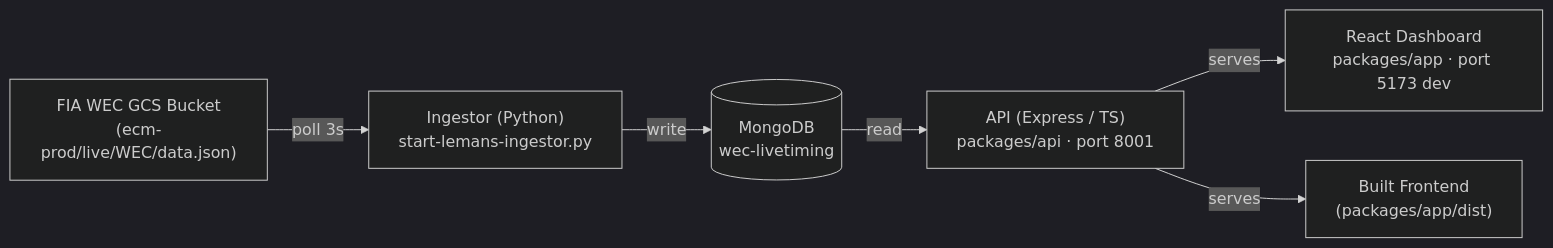
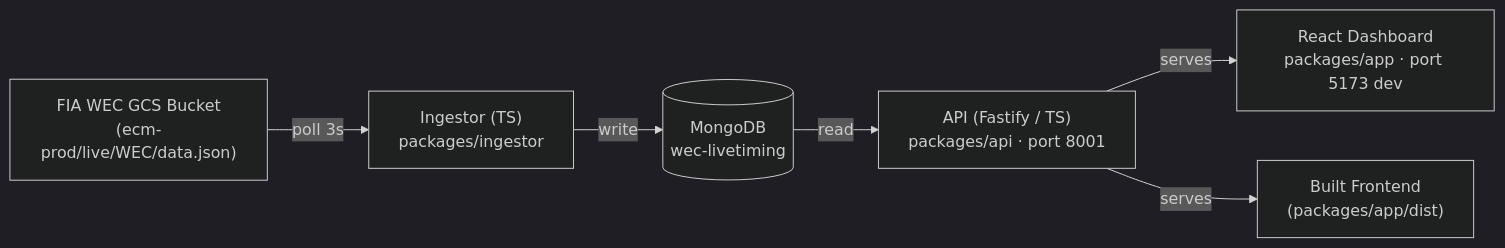
The diagram in README.md (tombell/wec-dashboard), drawn with Mermaid (dark theme) before and after one commit. The commit also changed other lines of this file and 11 other files, not shown here.

First line of the commit message:
Swap API to Fastify, add TS ingestor to workspace

````diff
--- a/README.md
+++ b/README.md
@@ -7,8 +7,8 @@
 ```mermaid
 flowchart LR
-  A["FIA WEC GCS Bucket<br/>(ecm-prod/live/WEC/data.json)"] -->|"poll 3s"| B["Ingestor (Python)<br/>start-lemans-ingestor.py"]
+  A["FIA WEC GCS Bucket<br/>(ecm-prod/live/WEC/data.json)"] -->|"poll 3s"| B["Ingestor (TS)<br/>packages/ingestor"]
   B -->|"write"| C[(MongoDB<br/>wec-livetiming)]
-  C -->|"read"| D["API (Express / TS)<br/>packages/api · port 8001"]
+  C -->|"read"| D["API (Fastify / TS)<br/>packages/api · port 8001"]
   D -->|"serves"| E["React Dashboard<br/>packages/app · port 5173 dev"]
   D -->|"serves"| F["Built Frontend<br/>(packages/app/dist)"]
 ```
````
